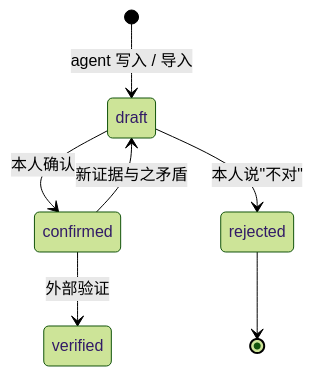
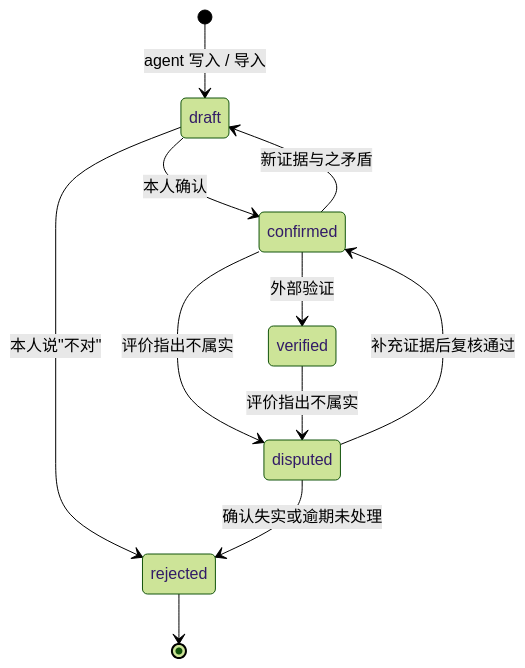
The second of 3 diagrams in docs/agent-design.md (mikeaccio666-debug/employee-research-agent), drawn with Mermaid (forest theme) before and after one commit. The commit also changed other lines of this file and 4 other files, not shown here.

````diff
--- a/docs/agent-design.md
+++ b/docs/agent-design.md
@@ -130,9 +139,13 @@
 ```mermaid
 stateDiagram-v2
   [*] --> draft: agent 写入 / 导入
   draft --> confirmed: 本人确认
   draft --> rejected: 本人说"不对"
   confirmed --> verified: 外部验证
   confirmed --> draft: 新证据与之矛盾
+  confirmed --> disputed: 评价指出不属实
+  verified --> disputed: 评价指出不属实
+  disputed --> confirmed: 补充证据后复核通过
+  disputed --> rejected: 确认失实或逾期未处理
   rejected --> [*]
 ```
````
